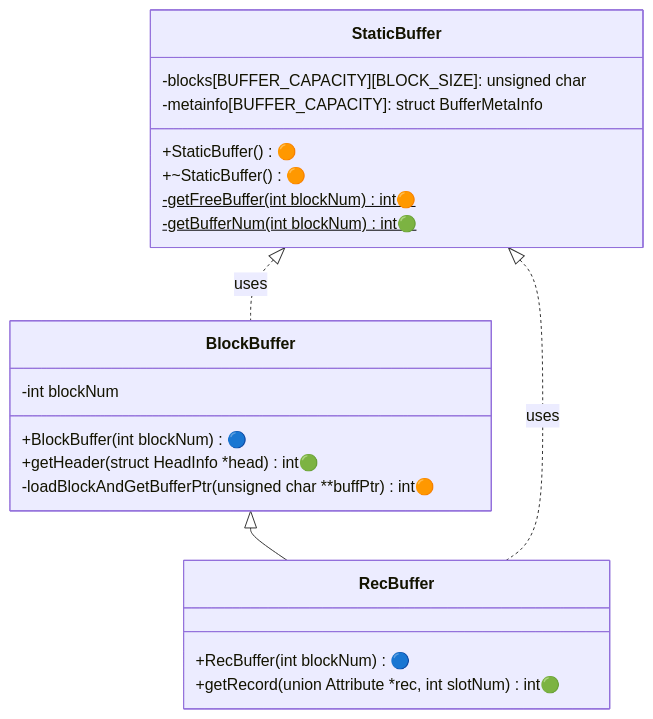
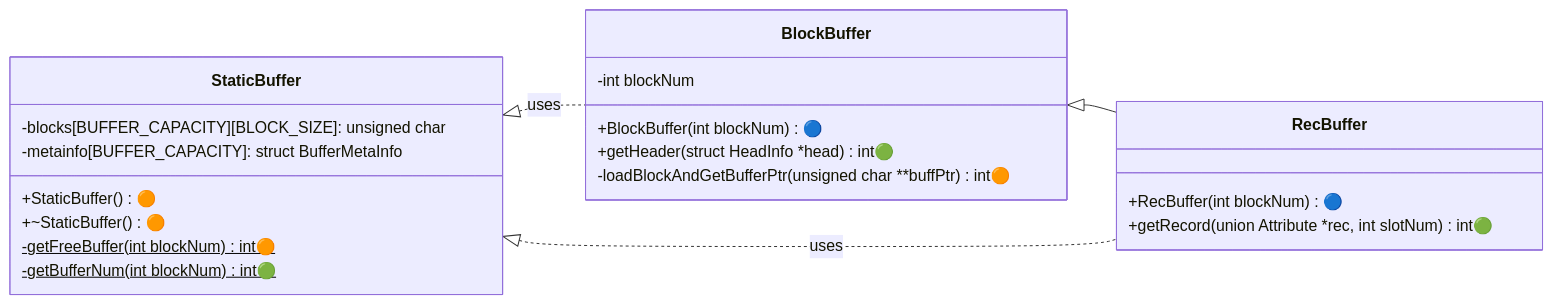
The first of 3 diagrams in docs/Roadmap/Stage03.md (NITCbase/nitcbase.github.io), drawn with Mermaid before and after one commit. The commit also changed 3 other files, not shown here.

````diff
--- a/docs/Roadmap/Stage03.md
+++ b/docs/Roadmap/Stage03.md
@@ -43,25 +43,25 @@
 ```mermaid
 classDiagram
-  direction TD
+  direction LR
   BlockBuffer <|-- RecBuffer
   StaticBuffer<|..RecBuffer : uses
   StaticBuffer<|..BlockBuffer : uses
   class RecBuffer{
     +RecBuffer(int blockNum) 🔵
     +getRecord(union Attribute *rec, int slotNum) int🟢
   }
   class BlockBuffer{
     -int blockNum
     +BlockBuffer(int blockNum) 🔵
     +getHeader(struct HeadInfo *head) int🟢
     -loadBlockAndGetBufferPtr(unsigned char **buffPtr) int🟠
   }
   class StaticBuffer{
     -blocks[BUFFER_CAPACITY][BLOCK_SIZE]: unsigned char
     -metainfo[BUFFER_CAPACITY]: struct BufferMetaInfo
     +StaticBuffer() 🟠
     +~StaticBuffer() 🟠
     -getFreeBuffer(int blockNum)$ int🟠
     -getBufferNum(int blockNum)$ int🟢
   }
 ```
````
